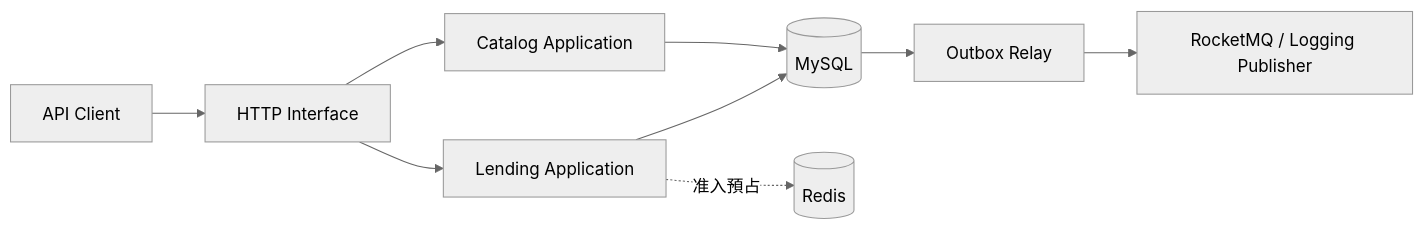
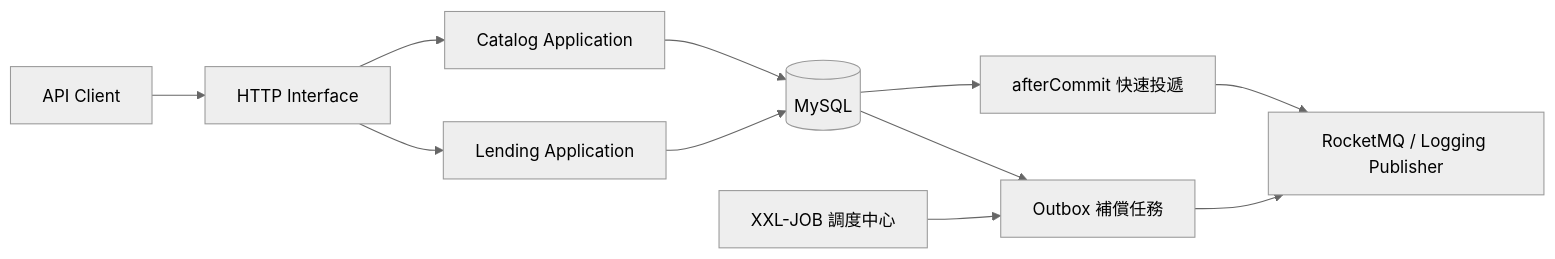
Before and after one commit to ChovyCao2025/e-library-service: the diagram in README.md, drawn with Mermaid (neutral theme). The commit also changed other lines of this file and 135 other files, not shown here.

Commit message:
refactor: simplify consistency and outbox architecture

````diff
--- a/README.md
+++ b/README.md
@@ -31,11 +31,13 @@
 ```mermaid
 flowchart LR
     Client[API Client] --> Web[HTTP Interface]
     Web --> Catalog[Catalog Application]
     Web --> Lending[Lending Application]
     Catalog --> DB[(MySQL)]
     Lending --> DB
-    Lending -. 准入預占 .-> Redis[(Redis)]
-    DB --> Outbox[Outbox Relay]
-    Outbox --> MQ[RocketMQ / Logging Publisher]
+    DB --> Direct[afterCommit 快速投遞]
+    Direct --> MQ[RocketMQ / Logging Publisher]
+    XXL[XXL-JOB 調度中心] --> Compensation[Outbox 補償任務]
+    DB --> Compensation
+    Compensation --> MQ
 ```
````
